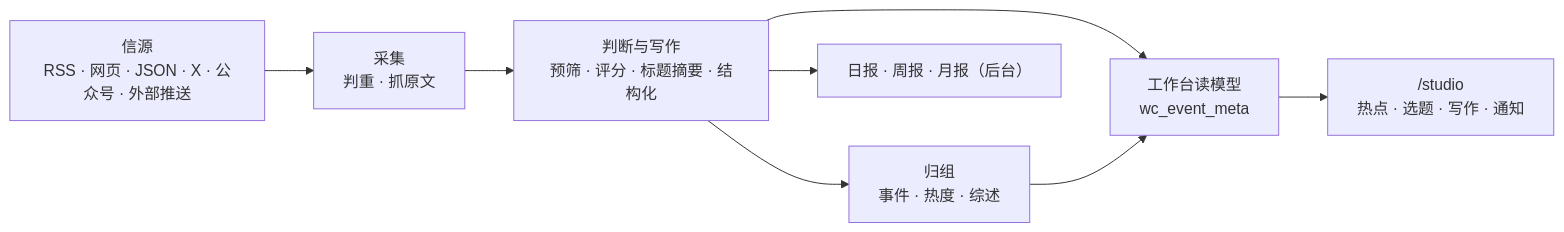
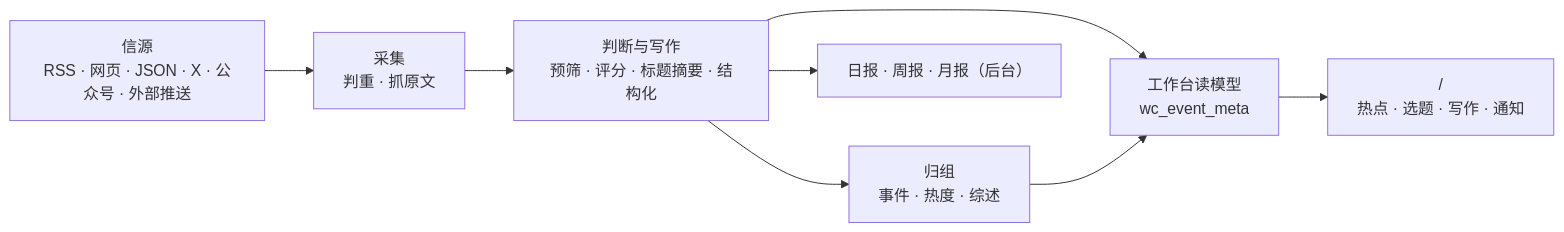
One commit to Suxinljh/AIHOT changed the diagram in docs/architecture.md. Above: the diagram before and after it, drawn with Mermaid. The commit also changed other lines of this file and 40 other files, not shown here.

````diff
--- a/docs/architecture.md
+++ b/docs/architecture.md
@@ -3,10 +3,10 @@
 ```mermaid
 flowchart LR
   S["信源<br/>RSS · 网页 · JSON · X · 公众号 · 外部推送"] --> C["采集<br/>判重 · 抓原文"]
   C --> J["判断与写作<br/>预筛 · 评分 · 标题摘要 · 结构化"]
   J --> G["归组<br/>事件 · 热度 · 综述"]
   J --> W["工作台读模型<br/>wc_event_meta"]
   G --> W
-  W --> U["/studio<br/>热点 · 选题 · 写作 · 通知"]
+  W --> U["/<br/>热点 · 选题 · 写作 · 通知"]
   J --> R["日报 · 周报 · 月报（后台）"]
 ```
````
